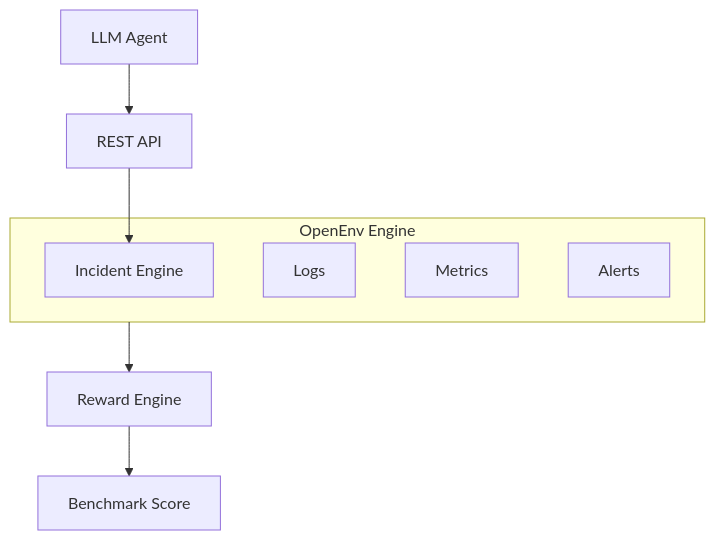
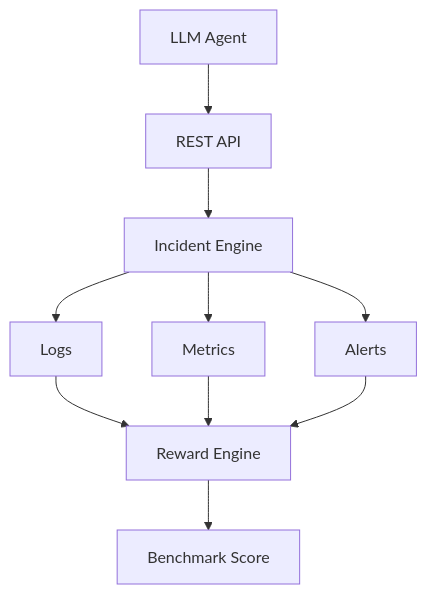
Before and after one commit to sohansa035-bot/OpenEnv: the diagram in README.md, drawn with Mermaid. The commit also changed other lines of this file and 1 other file, not shown here.

Commit message:
docs: refine architecture diagram, add CI badges, and social preview

````diff
--- a/README.md
+++ b/README.md
@@ -41,15 +44,16 @@
 ```mermaid
 flowchart TD
-    A[LLM Agent] --> B[REST API]
-    B --> C
-    
-    subgraph Core[OpenEnv Engine]
-    C[Incident Engine]
-    D[Logs]
-    E[Metrics]
-    F[Alerts]
-    end
-    
-    Core --> G[Reward Engine]
+    A[LLM Agent]
+    A --> B[REST API]
+    B --> C[Incident Engine]
+
+    C --> D[Logs]
+    C --> E[Metrics]
+    C --> F[Alerts]
+
+    D --> G[Reward Engine]
+    E --> G
+    F --> G
+
     G --> H[Benchmark Score]
 ```
````
